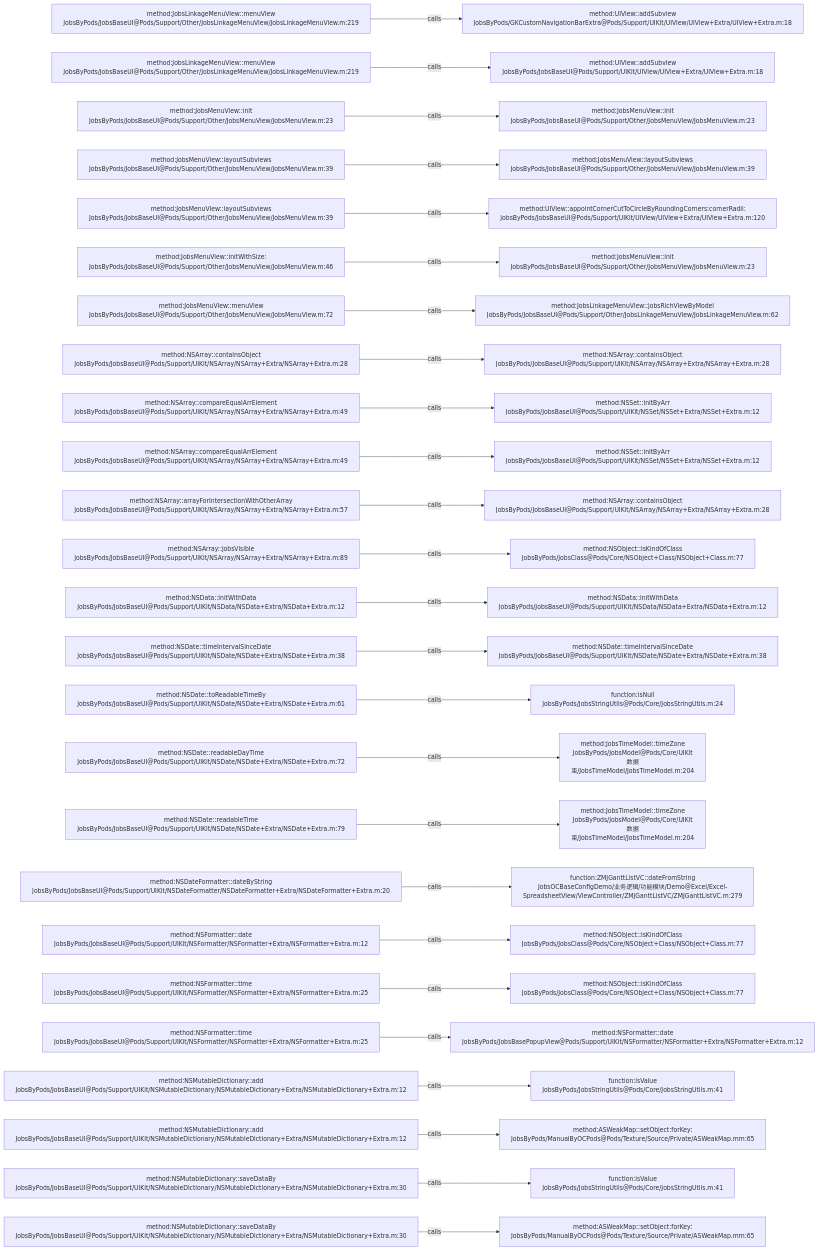
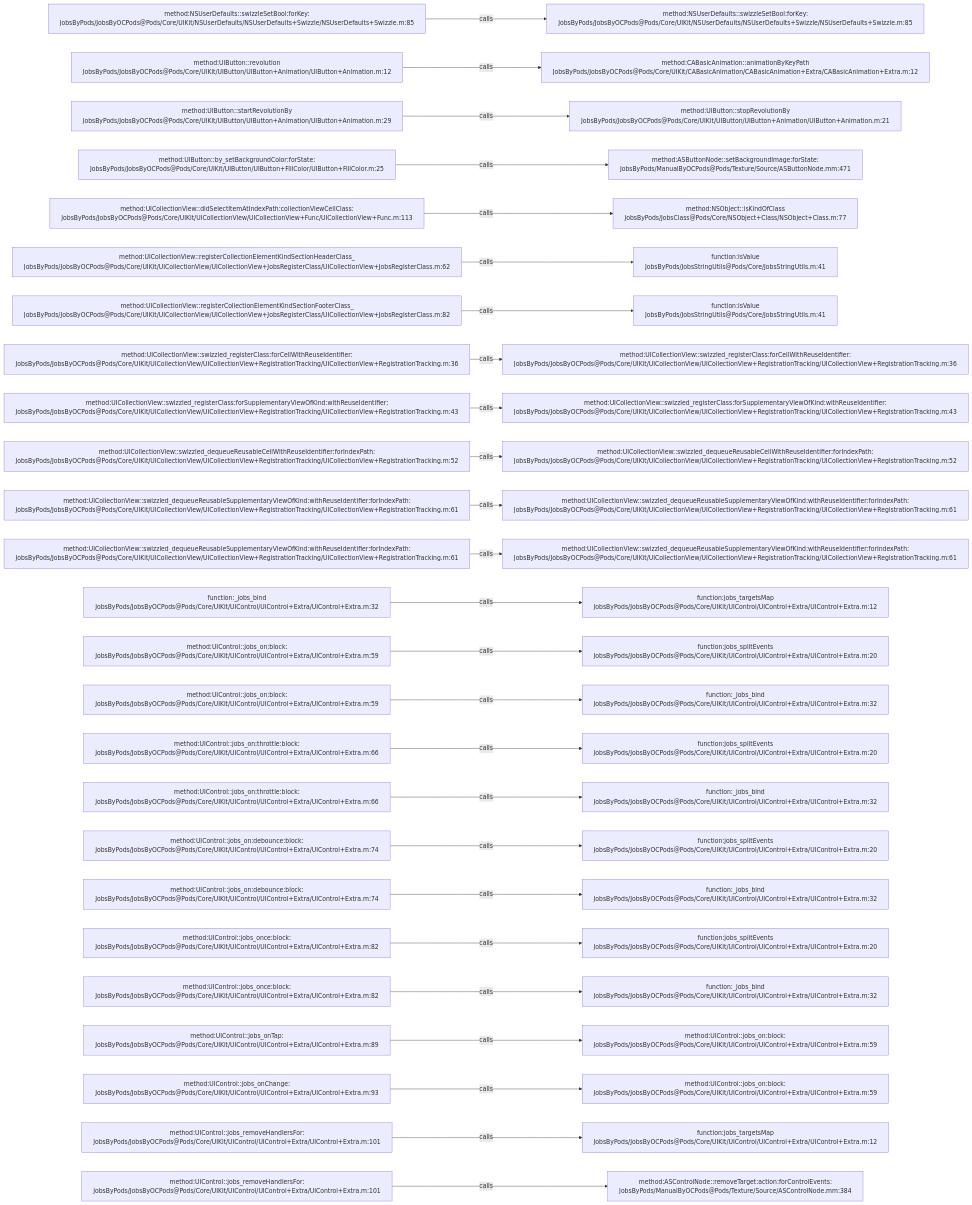
One commit to JobsKits/JobsOCBaseConfigDemo changed the diagram in .codegraph/codegraph.md/graphs/calls-035.md. Above: the diagram before and after it, drawn with Mermaid. The commit also changed 573 other files, not shown here.

````diff
--- a/.codegraph/codegraph.md/graphs/calls-035.md
+++ b/.codegraph/codegraph.md/graphs/calls-035.md
@@ -13,78 +13,78 @@
 ```mermaid
 flowchart LR
-  S1["method:JobsLinkageMenuView::menuView<br/>JobsByPods/JobsBaseUI@Pods/Support/Other/JobsLinkageMenuView/JobsLinkageMenuView.m:219"]
-  T1["method:UIView::addSubview<br/>JobsByPods/GKCustomNavigationBarExtra@Pods/Support/UIKit/UIView/UIView+Extra/UIView+Extra.m:18"]
+  S1["method:NSUserDefaults::swizzleSetBool:forKey:<br/>JobsByPods/JobsByOCPods@Pods/Core/UIKit/NSUserDefaults/NSUserDefaults+Swizzle/NSUserDefaults+Swizzle.m:85"]
+  T1["method:NSUserDefaults::swizzleSetBool:forKey:<br/>JobsByPods/JobsByOCPods@Pods/Core/UIKit/NSUserDefaults/NSUserDefaults+Swizzle/NSUserDefaults+Swizzle.m:85"]
   S1 -->|calls| T1
-  S2["method:JobsLinkageMenuView::menuView<br/>JobsByPods/JobsBaseUI@Pods/Support/Other/JobsLinkageMenuView/JobsLinkageMenuView.m:219"]
-  T2["method:UIView::addSubview<br/>JobsByPods/JobsBaseUI@Pods/Support/UIKit/UIView/UIView+Extra/UIView+Extra.m:18"]
+  S2["method:UIButton::revolution<br/>JobsByPods/JobsByOCPods@Pods/Core/UIKit/UIButton/UIButton+Animation/UIButton+Animation.m:12"]
+  T2["method:CABasicAnimation::animationByKeyPath<br/>JobsByPods/JobsByOCPods@Pods/Core/UIKit/CABasicAnimation/CABasicAnimation+Extra/CABasicAnimation+Extra.m:12"]
   S2 -->|calls| T2
-  S3["method:JobsMenuView::init<br/>JobsByPods/JobsBaseUI@Pods/Support/Other/JobsMenuView/JobsMenuView.m:23"]
-  T3["method:JobsMenuView::init<br/>JobsByPods/JobsBaseUI@Pods/Support/Other/JobsMenuView/JobsMenuView.m:23"]
+  S3["method:UIButton::startRevolutionBy<br/>JobsByPods/JobsByOCPods@Pods/Core/UIKit/UIButton/UIButton+Animation/UIButton+Animation.m:29"]
+  T3["method:UIButton::stopRevolutionBy<br/>JobsByPods/JobsByOCPods@Pods/Core/UIKit/UIButton/UIButton+Animation/UIButton+Animation.m:21"]
   S3 -->|calls| T3
-  S4["method:JobsMenuView::layoutSubviews<br/>JobsByPods/JobsBaseUI@Pods/Support/Other/JobsMenuView/JobsMenuView.m:39"]
-  T4["method:JobsMenuView::layoutSubviews<br/>JobsByPods/JobsBaseUI@Pods/Support/Other/JobsMenuView/JobsMenuView.m:39"]
+  S4["method:UIButton::by_setBackgroundColor:forState:<br/>JobsByPods/JobsByOCPods@Pods/Core/UIKit/UIButton/UIButton+FillColor/UIButton+FillColor.m:25"]
+  T4["method:ASButtonNode::setBackgroundImage:forState:<br/>JobsByPods/ManualByOCPods@Pods/Texture/Source/ASButtonNode.mm:471"]
   S4 -->|calls| T4
-  S5["method:JobsMenuView::layoutSubviews<br/>JobsByPods/JobsBaseUI@Pods/Support/Other/JobsMenuView/JobsMenuView.m:39"]
-  T5["method:UIView::appointCornerCutToCircleByRoundingCorners:cornerRadii:<br/>JobsByPods/JobsBaseUI@Pods/Support/UIKit/UIView/UIView+Extra/UIView+Extra.m:120"]
+  S5["method:UICollectionView::didSelectItemAtIndexPath:collectionViewCellClass:<br/>JobsByPods/JobsByOCPods@Pods/Core/UIKit/UICollectionView/UICollectionView+Func/UICollectionView+Func.m:113"]
+  T5["method:NSObject::isKindOfClass<br/>JobsByPods/JobsClass@Pods/Core/NSObject+Class/NSObject+Class.m:77"]
   S5 -->|calls| T5
-  S6["method:JobsMenuView::initWithSize:<br/>JobsByPods/JobsBaseUI@Pods/Support/Other/JobsMenuView/JobsMenuView.m:46"]
-  T6["method:JobsMenuView::init<br/>JobsByPods/JobsBaseUI@Pods/Support/Other/JobsMenuView/JobsMenuView.m:23"]
+  S6["method:UICollectionView::registerCollectionElementKindSectionHeaderClass_<br/>JobsByPods/JobsByOCPods@Pods/Core/UIKit/UICollectionView/UICollectionView+JobsRegisterClass/UICollectionView+JobsRegisterClass.m:62"]
+  T6["function:isValue<br/>JobsByPods/JobsStringUtils@Pods/Core/JobsStringUtils.m:41"]
   S6 -->|calls| T6
-  S7["method:JobsMenuView::menuView<br/>JobsByPods/JobsBaseUI@Pods/Support/Other/JobsMenuView/JobsMenuView.m:72"]
-  T7["method:JobsLinkageMenuView::jobsRichViewByModel<br/>JobsByPods/JobsBaseUI@Pods/Support/Other/JobsLinkageMenuView/JobsLinkageMenuView.m:62"]
+  S7["method:UICollectionView::registerCollectionElementKindSectionFooterClass_<br/>JobsByPods/JobsByOCPods@Pods/Core/UIKit/UICollectionView/UICollectionView+JobsRegisterClass/UICollectionView+JobsRegisterClass.m:82"]
+  T7["function:isValue<br/>JobsByPods/JobsStringUtils@Pods/Core/JobsStringUtils.m:41"]
   S7 -->|calls| T7
-  S8["method:NSArray::containsObject<br/>JobsByPods/JobsBaseUI@Pods/Support/UIKit/NSArray/NSArray+Extra/NSArray+Extra.m:28"]
-  T8["method:NSArray::containsObject<br/>JobsByPods/JobsBaseUI@Pods/Support/UIKit/NSArray/NSArray+Extra/NSArray+Extra.m:28"]
+  S8["method:UICollectionView::swizzled_registerClass:forCellWithReuseIdentifier:<br/>JobsByPods/JobsByOCPods@Pods/Core/UIKit/UICollectionView/UICollectionView+RegistrationTracking/UICollectionView+RegistrationTracking.m:36"]
+  T8["method:UICollectionView::swizzled_registerClass:forCellWithReuseIdentifier:<br/>JobsByPods/JobsByOCPods@Pods/Core/UIKit/UICollectionView/UICollectionView+RegistrationTracking/UICollectionView+RegistrationTracking.m:36"]
   S8 -->|calls| T8
-  S9["method:NSArray::compareEqualArrElement<br/>JobsByPods/JobsBaseUI@Pods/Support/UIKit/NSArray/NSArray+Extra/NSArray+Extra.m:49"]
-  T9["method:NSSet::initByArr<br/>JobsByPods/JobsBaseUI@Pods/Support/UIKit/NSSet/NSSet+Extra/NSSet+Extra.m:12"]
+  S9["method:UICollectionView::swizzled_registerClass:forSupplementaryViewOfKind:withReuseIdentifier:<br/>JobsByPods/JobsByOCPods@Pods/Core/UIKit/UICollectionView/UICollectionView+RegistrationTracking/UICollectionView+RegistrationTracking.m:43"]
+  T9["method:UICollectionView::swizzled_registerClass:forSupplementaryViewOfKind:withReuseIdentifier:<br/>JobsByPods/JobsByOCPods@Pods/Core/UIKit/UICollectionView/UICollectionView+RegistrationTracking/UICollectionView+RegistrationTracking.m:43"]
   S9 -->|calls| T9
-  S10["method:NSArray::compareEqualArrElement<br/>JobsByPods/JobsBaseUI@Pods/Support/UIKit/NSArray/NSArray+Extra/NSArray+Extra.m:49"]
-  T10["method:NSSet::initByArr<br/>JobsByPods/JobsBaseUI@Pods/Support/UIKit/NSSet/NSSet+Extra/NSSet+Extra.m:12"]
+  S10["method:UICollectionView::swizzled_dequeueReusableCellWithReuseIdentifier:forIndexPath:<br/>JobsByPods/JobsByOCPods@Pods/Core/UIKit/UICollectionView/UICollectionView+RegistrationTracking/UICollectionView+RegistrationTracking.m:52"]
+  T10["method:UICollectionView::swizzled_dequeueReusableCellWithReuseIdentifier:forIndexPath:<br/>JobsByPods/JobsByOCPods@Pods/Core/UIKit/UICollectionView/UICollectionView+RegistrationTracking/UICollectionView+RegistrationTracking.m:52"]
   S10 -->|calls| T10
-  S11["method:NSArray::arrayForIntersectionWithOtherArray<br/>JobsByPods/JobsBaseUI@Pods/Support/UIKit/NSArray/NSArray+Extra/NSArray+Extra.m:57"]
-  T11["method:NSArray::containsObject<br/>JobsByPods/JobsBaseUI@Pods/Support/UIKit/NSArray/NSArray+Extra/NSArray+Extra.m:28"]
+  S11["method:UICollectionView::swizzled_dequeueReusableSupplementaryViewOfKind:withReuseIdentifier:forIndexPath:<br/>JobsByPods/JobsByOCPods@Pods/Core/UIKit/UICollectionView/UICollectionView+RegistrationTracking/UICollectionView+RegistrationTracking.m:61"]
+  T11["method:UICollectionView::swizzled_dequeueReusableSupplementaryViewOfKind:withReuseIdentifier:forIndexPath:<br/>JobsByPods/JobsByOCPods@Pods/Core/UIKit/UICollectionView/UICollectionView+RegistrationTracking/UICollectionView+RegistrationTracking.m:61"]
   S11 -->|calls| T11
-  S12["method:NSArray::jobsVisible<br/>JobsByPods/JobsBaseUI@Pods/Support/UIKit/NSArray/NSArray+Extra/NSArray+Extra.m:89"]
-  T12["method:NSObject::isKindOfClass<br/>JobsByPods/JobsClass@Pods/Core/NSObject+Class/NSObject+Class.m:77"]
+  S12["method:UICollectionView::swizzled_dequeueReusableSupplementaryViewOfKind:withReuseIdentifier:forIndexPath:<br/>JobsByPods/JobsByOCPods@Pods/Core/UIKit/UICollectionView/UICollectionView+RegistrationTracking/UICollectionView+RegistrationTracking.m:61"]
+  T12["method:UICollectionView::swizzled_dequeueReusableSupplementaryViewOfKind:withReuseIdentifier:forIndexPath:<br/>JobsByPods/JobsByOCPods@Pods/Core/UIKit/UICollectionView/UICollectionView+RegistrationTracking/UICollectionView+RegistrationTracking.m:61"]
   S12 -->|calls| T12
-  S13["method:NSData::initWithData<br/>JobsByPods/JobsBaseUI@Pods/Support/UIKit/NSData/NSData+Extra/NSData+Extra.m:12"]
-  T13["method:NSData::initWithData<br/>JobsByPods/JobsBaseUI@Pods/Support/UIKit/NSData/NSData+Extra/NSData+Extra.m:12"]
+  S13["function:_jobs_bind<br/>JobsByPods/JobsByOCPods@Pods/Core/UIKit/UIControl/UIControl+Extra/UIControl+Extra.m:32"]
+  T13["function:jobs_targetsMap<br/>JobsByPods/JobsByOCPods@Pods/Core/UIKit/UIControl/UIControl+Extra/UIControl+Extra.m:12"]
   S13 -->|calls| T13
-  S14["method:NSDate::timeIntervalSinceDate<br/>JobsByPods/JobsBaseUI@Pods/Support/UIKit/NSDate/NSDate+Extra/NSDate+Extra.m:38"]
-  T14["method:NSDate::timeIntervalSinceDate<br/>JobsByPods/JobsBaseUI@Pods/Support/UIKit/NSDate/NSDate+Extra/NSDate+Extra.m:38"]
+  S14["method:UIControl::jobs_on:block:<br/>JobsByPods/JobsByOCPods@Pods/Core/UIKit/UIControl/UIControl+Extra/UIControl+Extra.m:59"]
+  T14["function:jobs_splitEvents<br/>JobsByPods/JobsByOCPods@Pods/Core/UIKit/UIControl/UIControl+Extra/UIControl+Extra.m:20"]
   S14 -->|calls| T14
-  S15["method:NSDate::toReadableTimeBy<br/>JobsByPods/JobsBaseUI@Pods/Support/UIKit/NSDate/NSDate+Extra/NSDate+Extra.m:61"]
-  T15["function:isNull<br/>JobsByPods/JobsStringUtils@Pods/Core/JobsStringUtils.m:24"]
+  S15["method:UIControl::jobs_on:block:<br/>JobsByPods/JobsByOCPods@Pods/Core/UIKit/UIControl/UIControl+Extra/UIControl+Extra.m:59"]
+  T15["function:_jobs_bind<br/>JobsByPods/JobsByOCPods@Pods/Core/UIKit/UIControl/UIControl+Extra/UIControl+Extra.m:32"]
   S15 -->|calls| T15
-  S16["method:NSDate::readableDayTime<br/>JobsByPods/JobsBaseUI@Pods/Support/UIKit/NSDate/NSDate+Extra/NSDate+Extra.m:72"]
-  T16["method:JobsTimeModel::timeZone<br/>JobsByPods/JobsModel@Pods/Core/UIKit数据束/JobsTimeModel/JobsTimeModel.m:204"]
+  S16["method:UIControl::jobs_on:throttle:block:<br/>JobsByPods/JobsByOCPods@Pods/Core/UIKit/UIControl/UIControl+Extra/UIControl+Extra.m:66"]
+  T16["function:jobs_splitEvents<br/>JobsByPods/JobsByOCPods@Pods/Core/UIKit/UIControl/UIControl+Extra/UIControl+Extra.m:20"]
   S16 -->|calls| T16
-  S17["method:NSDate::readableTime<br/>JobsByPods/JobsBaseUI@Pods/Support/UIKit/NSDate/NSDate+Extra/NSDate+Extra.m:79"]
-  T17["method:JobsTimeModel::timeZone<br/>JobsByPods/JobsModel@Pods/Core/UIKit数据束/JobsTimeModel/JobsTimeModel.m:204"]
+  S17["method:UIControl::jobs_on:throttle:block:<br/>JobsByPods/JobsByOCPods@Pods/Core/UIKit/UIControl/UIControl+Extra/UIControl+Extra.m:66"]
+  T17["function:_jobs_bind<br/>JobsByPods/JobsByOCPods@Pods/Core/UIKit/UIControl/UIControl+Extra/UIControl+Extra.m:32"]
   S17 -->|calls| T17
-  S18["method:NSDateFormatter::dateByString<br/>JobsByPods/JobsBaseUI@Pods/Support/UIKit/NSDateFormatter/NSDateFormatter+Extra/NSDateFormatter+Extra.m:20"]
-  T18["function:ZMJGanttListVC::dateFromString<br/>JobsOCBaseConfigDemo/业务逻辑/功能模块/Demo@Excel/Excel-SpreadsheetView/ViewController/ZMJGanttListVC/ZMJGanttListVC.m:279"]
+  S18["method:UIControl::jobs_on:debounce:block:<br/>JobsByPods/JobsByOCPods@Pods/Core/UIKit/UIControl/UIControl+Extra/UIControl+Extra.m:74"]
+  T18["function:jobs_splitEvents<br/>JobsByPods/JobsByOCPods@Pods/Core/UIKit/UIControl/UIControl+Extra/UIControl+Extra.m:20"]
   S18 -->|calls| T18
-  S19["method:NSFormatter::date<br/>JobsByPods/JobsBaseUI@Pods/Support/UIKit/NSFormatter/NSFormatter+Extra/NSFormatter+Extra.m:12"]
-  T19["method:NSObject::isKindOfClass<br/>JobsByPods/JobsClass@Pods/Core/NSObject+Class/NSObject+Class.m:77"]
+  S19["method:UIControl::jobs_on:debounce:block:<br/>JobsByPods/JobsByOCPods@Pods/Core/UIKit/UIControl/UIControl+Extra/UIControl+Extra.m:74"]
+  T19["function:_jobs_bind<br/>JobsByPods/JobsByOCPods@Pods/Core/UIKit/UIControl/UIControl+Extra/UIControl+Extra.m:32"]
   S19 -->|calls| T19
-  S20["method:NSFormatter::time<br/>JobsByPods/JobsBaseUI@Pods/Support/UIKit/NSFormatter/NSFormatter+Extra/NSFormatter+Extra.m:25"]
-  T20["method:NSObject::isKindOfClass<br/>JobsByPods/JobsClass@Pods/Core/NSObject+Class/NSObject+Class.m:77"]
+  S20["method:UIControl::jobs_once:block:<br/>JobsByPods/JobsByOCPods@Pods/Core/UIKit/UIControl/UIControl+Extra/UIControl+Extra.m:82"]
+  T20["function:jobs_splitEvents<br/>JobsByPods/JobsByOCPods@Pods/Core/UIKit/UIControl/UIControl+Extra/UIControl+Extra.m:20"]
   S20 -->|calls| T20
-  S21["method:NSFormatter::time<br/>JobsByPods/JobsBaseUI@Pods/Support/UIKit/NSFormatter/NSFormatter+Extra/NSFormatter+Extra.m:25"]
-  T21["method:NSFormatter::date<br/>JobsByPods/JobsBasePopupView@Pods/Support/UIKit/NSFormatter/NSFormatter+Extra/NSFormatter+Extra.m:12"]
+  S21["method:UIControl::jobs_once:block:<br/>JobsByPods/JobsByOCPods@Pods/Core/UIKit/UIControl/UIControl+Extra/UIControl+Extra.m:82"]
+  T21["function:_jobs_bind<br/>JobsByPods/JobsByOCPods@Pods/Core/UIKit/UIControl/UIControl+Extra/UIControl+Extra.m:32"]
   S21 -->|calls| T21
-  S22["method:NSMutableDictionary::add<br/>JobsByPods/JobsBaseUI@Pods/Support/UIKit/NSMutableDictionary/NSMutableDictionary+Extra/NSMutableDictionary+Extra.m:12"]
-  T22["function:isValue<br/>JobsByPods/JobsStringUtils@Pods/Core/JobsStringUtils.m:41"]
+  S22["method:UIControl::jobs_onTap:<br/>JobsByPods/JobsByOCPods@Pods/Core/UIKit/UIControl/UIControl+Extra/UIControl+Extra.m:89"]
+  T22["method:UIControl::jobs_on:block:<br/>JobsByPods/JobsByOCPods@Pods/Core/UIKit/UIControl/UIControl+Extra/UIControl+Extra.m:59"]
   S22 -->|calls| T22
-  S23["method:NSMutableDictionary::add<br/>JobsByPods/JobsBaseUI@Pods/Support/UIKit/NSMutableDictionary/NSMutableDictionary+Extra/NSMutableDictionary+Extra.m:12"]
-  T23["method:ASWeakMap::setObject:forKey:<br/>JobsByPods/ManualByOCPods@Pods/Texture/Source/Private/ASWeakMap.mm:65"]
+  S23["method:UIControl::jobs_onChange:<br/>JobsByPods/JobsByOCPods@Pods/Core/UIKit/UIControl/UIControl+Extra/UIControl+Extra.m:93"]
+  T23["method:UIControl::jobs_on:block:<br/>JobsByPods/JobsByOCPods@Pods/Core/UIKit/UIControl/UIControl+Extra/UIControl+Extra.m:59"]
   S23 -->|calls| T23
-  S24["method:NSMutableDictionary::saveDataBy<br/>JobsByPods/JobsBaseUI@Pods/Support/UIKit/NSMutableDictionary/NSMutableDictionary+Extra/NSMutableDictionary+Extra.m:30"]
-  T24["function:isValue<br/>JobsByPods/JobsStringUtils@Pods/Core/JobsStringUtils.m:41"]
+  S24["method:UIControl::jobs_removeHandlersFor:<br/>JobsByPods/JobsByOCPods@Pods/Core/UIKit/UIControl/UIControl+Extra/UIControl+Extra.m:101"]
+  T24["function:jobs_targetsMap<br/>JobsByPods/JobsByOCPods@Pods/Core/UIKit/UIControl/UIControl+Extra/UIControl+Extra.m:12"]
   S24 -->|calls| T24
-  S25["method:NSMutableDictionary::saveDataBy<br/>JobsByPods/JobsBaseUI@Pods/Support/UIKit/NSMutableDictionary/NSMutableDictionary+Extra/NSMutableDictionary+Extra.m:30"]
-  T25["method:ASWeakMap::setObject:forKey:<br/>JobsByPods/ManualByOCPods@Pods/Texture/Source/Private/ASWeakMap.mm:65"]
+  S25["method:UIControl::jobs_removeHandlersFor:<br/>JobsByPods/JobsByOCPods@Pods/Core/UIKit/UIControl/UIControl+Extra/UIControl+Extra.m:101"]
+  T25["method:ASControlNode::removeTarget:action:forControlEvents:<br/>JobsByPods/ManualByOCPods@Pods/Texture/Source/ASControlNode.mm:384"]
   S25 -->|calls| T25
 ```
````
